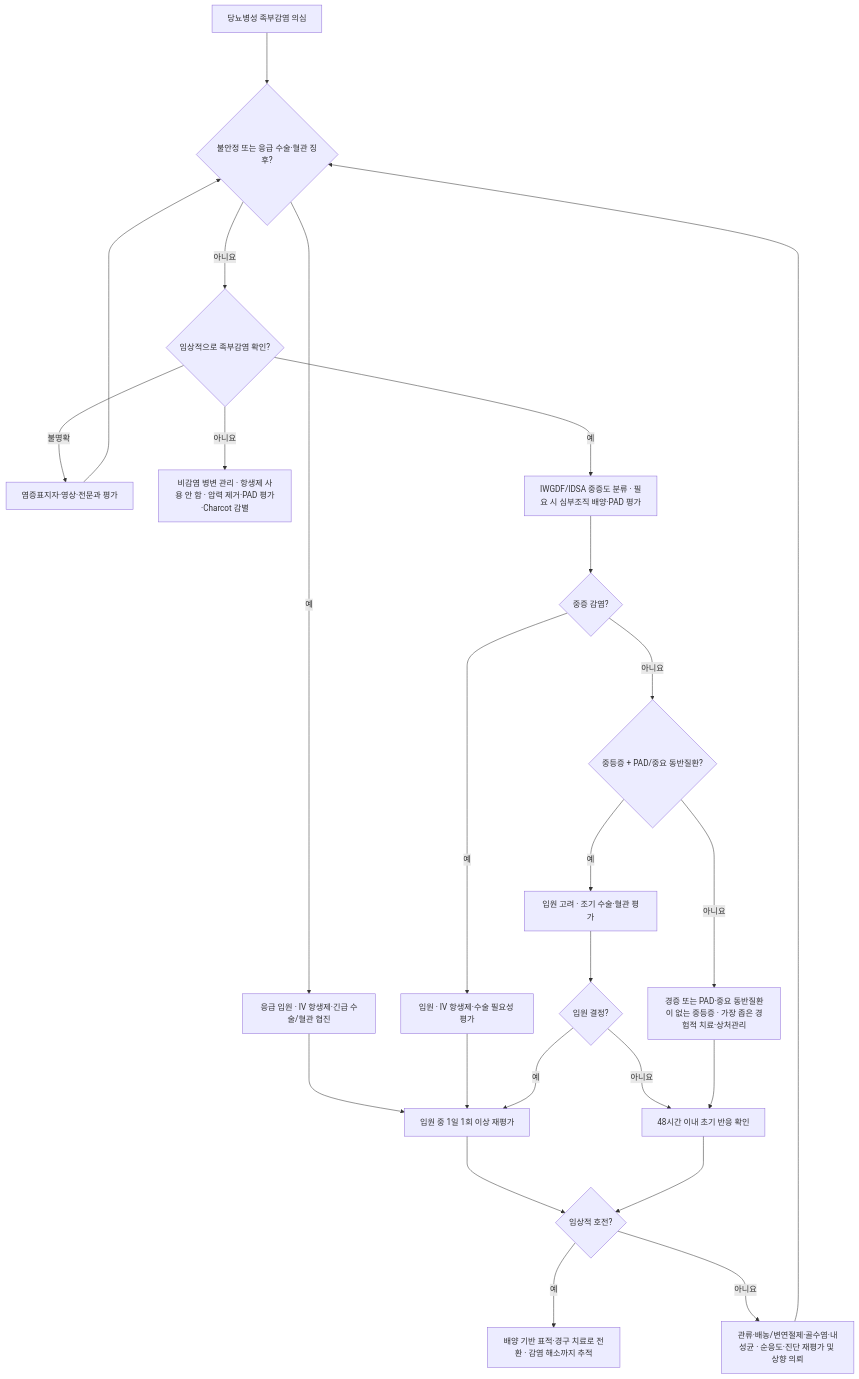
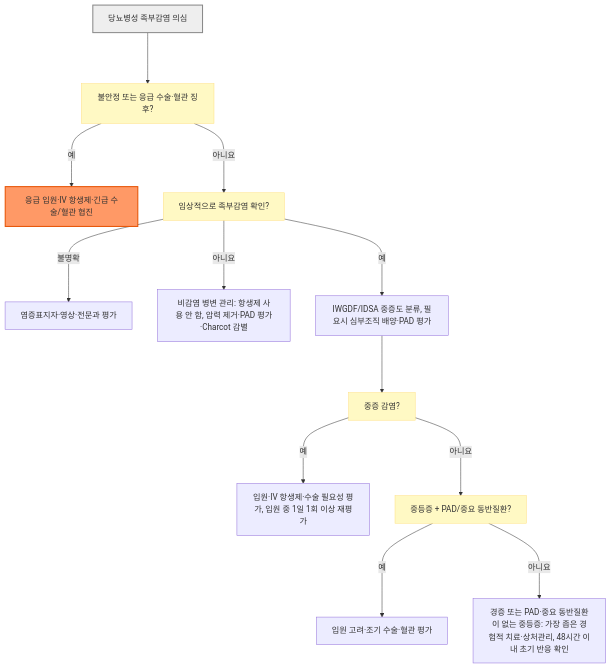
One commit to familyoh77/familyoh77 changed the diagram in 229_/171_-diabetic-foot-infection.md. Above: the diagram before and after it, drawn with Mermaid. The commit also changed other lines of this file and 9 other files, not shown here.

````diff
--- a/229_/171_-diabetic-foot-infection.md
+++ b/229_/171_-diabetic-foot-infection.md
@@ -135,26 +135,19 @@
 ```mermaid
 flowchart TB
-    A["당뇨병성 족부감염 의심"] ---> E{"불안정 또는 응급 수술·혈관 징후?"}
-    E -- "예" ---> F["응급 입원 · IV 항생제·긴급 수술/혈관 협진"]
-    E -- "아니요" ---> B{"임상적으로 족부감염 확인?"}
+    A["당뇨병성 족부감염 의심"] ---> E["불안정 또는 응급 수술·혈관 징후?"]
+    E -- "예" ---> F["응급 입원·IV 항생제·긴급 수술/혈관 협진"]
+    E -- "아니요" ---> B["임상적으로 족부감염 확인?"]
     B -- "불명확" ---> R["염증표지자·영상·전문과 평가"]
-    R ---> E
-    B -- "아니요" ---> C["비감염 병변 관리 · 항생제 사용 안 함 · 압력 제거·PAD 평가·Charcot 감별"]
-    B -- "예" ---> D["IWGDF/IDSA 중증도 분류 · 필요 시 심부조직 배양·PAD 평가"]
-    D ---> O{"중증 감염?"}
-    O -- "예" ---> P["입원 · IV 항생제·수술 필요성 평가"]
-    O -- "아니요" ---> G{"중등증 + PAD/중요 동반질환?"}
-    G -- "예" ---> H["입원 고려 · 조기 수술·혈관 평가"]
-    G -- "아니요" ---> I["경증 또는 PAD·중요 동반질환이 없는 중등증 · 가장 좁은 경험적 치료·상처관리"]
-    F ---> J["입원 중 1일 1회 이상 재평가"]
-    P ---> J
-    H ---> Q{"입원 결정?"}
-    Q -- "예" ---> J
-    Q -- "아니요" ---> K
-    I ---> K["48시간 이내 초기 반응 확인"]
-    J ---> L{"임상적 호전?"}
-    K ---> L
-    L -- "예" ---> M["배양 기반 표적·경구 치료로 전환 · 감염 해소까지 추적"]
-    L -- "아니요" ---> N["관류·배농/변연절제·골수염·내성균 · 순응도·진단 재평가 및 상향 의뢰"]
-    N ---> E
+    B -- "아니요" ---> C["비감염 병변 관리: 항생제 사용 안 함, 압력 제거·PAD 평가·Charcot 감별"]
+    B -- "예" ---> D["IWGDF/IDSA 중증도 분류, 필요시 심부조직 배양·PAD 평가"]
+    D ---> O["중증 감염?"]
+    O -- "예" ---> P["입원·IV 항생제·수술 필요성 평가, 입원 중 1일 1회 이상 재평가"]
+    O -- "아니요" ---> G["중등증 + PAD/중요 동반질환?"]
+    G -- "예" ---> H["입원 고려·조기 수술·혈관 평가"]
+    G -- "아니요" ---> I["경증 또는 PAD·중요 동반질환이 없는 중등증: 가장 좁은 경험적 치료·상처관리, 48시간 이내 초기 반응 확인"]
+
+    classDef question fill:#fff9c4,stroke:#ffe082
+    class E,B,O,G question
+    style A fill:#eeeeee,stroke:#888888,stroke-width:2px
+    style F fill:#f96,stroke:#e65100,stroke-width:2px
 ```
````
